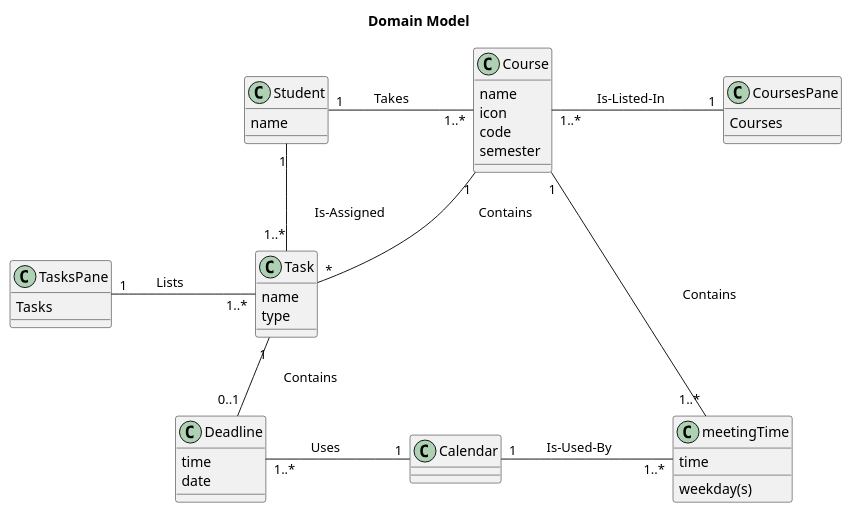
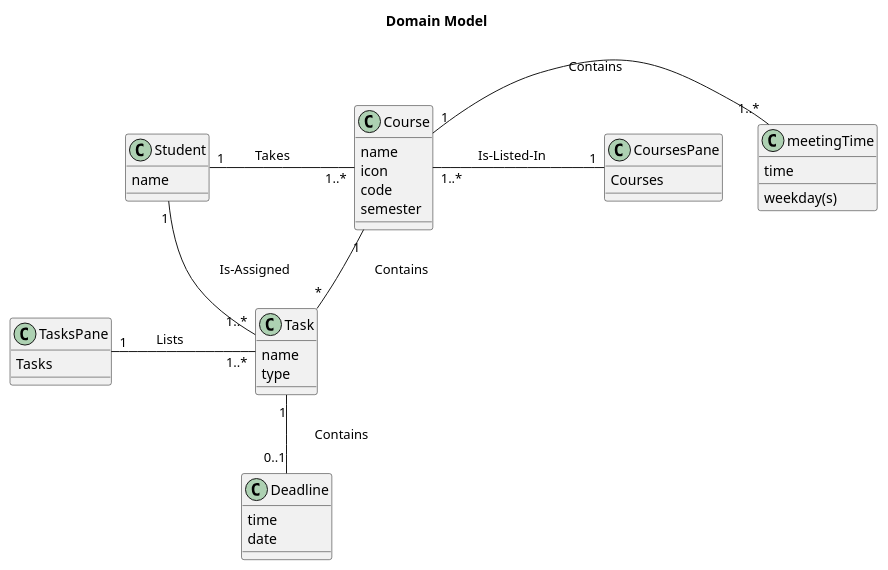
The first of 4 diagrams in intellij/doc/design.md (oolumuyiwa/planner), drawn with PlantUML before and after one commit. The commit also changed other lines of this file and 5 other files, not shown here.

````diff
--- a/intellij/doc/design.md
+++ b/intellij/doc/design.md
@@ -2,50 +3,48 @@
-```plantuml
-@startuml
+```plantuml @startuml
+
 title Domain Model
 
+class Course{
+    name
+    icon
+    code
+    semester
+}
 
-'classes
-class Course{
-name
-icon
-code
-semester
-}
 class meetingTime{
-time
-weekday(s)
+    time
+    weekday(s)
 }
 
 class Task{
-name
-type
-}
-class Deadline{
-time
-date
-}
-class Student{
-name
-}
-class TasksPane{
-Tasks
-}
-class CoursesPane{
-Courses
-}
-class Calendar{
+    name
+    type
 }
 
+class Deadline{
+    time
+    date
+}
+
+class Student{
+    name
+}
+
+class TasksPane{
+    Tasks
+}
+
+class CoursesPane{
+    Courses
+}
 
 'associations
  Student "1" - "1..*" Course : \tTakes\t\t
  Course "1" -down- "*" Task : \tContains\t\t
  Course "1" - "1..*" meetingTime : \tContains\t\t
  Student "1" - "1..*" Task : \tIs-Assigned\t\t
  Task "1" -down- "0..1" Deadline : \tContains\t\t
- Calendar "1" -left- "1..*" Deadline : \tUses\t\t
- Calendar "1" - "1..*" meetingTime : \tIs-Used-By\t\t
  Task "1..*" -left- "1" TasksPane : \tLists\t\t
  Course "1..*" -right- "1" CoursesPane : \tIs-Listed-In\t\t
 @enduml
 ```
````
